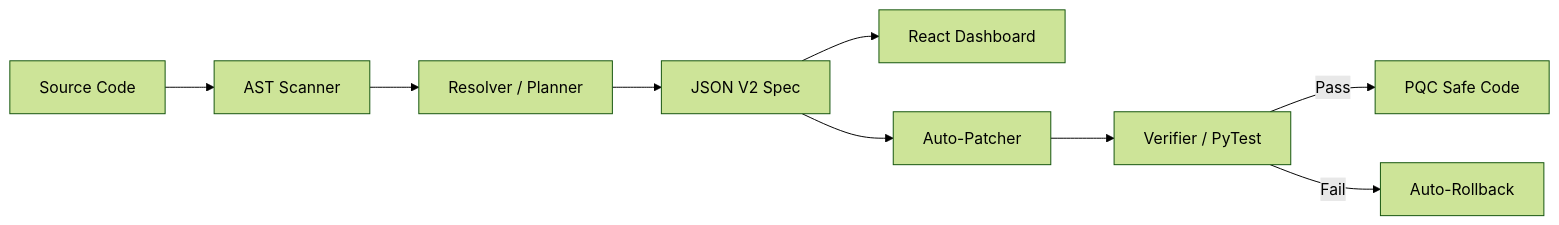
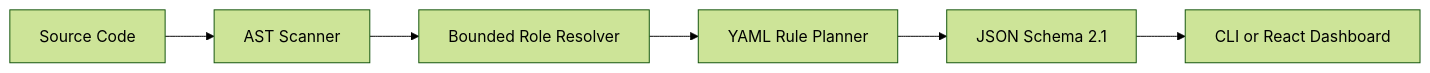
One commit to Ratneshp1122/PQMigrate changed the diagram in README.md. Above: the diagram before and after it, drawn with Mermaid (forest theme). The commit also changed other lines of this file and 19 other files, not shown here.

````diff
--- a/README.md
+++ b/README.md
@@ -24,11 +24,8 @@
 ```mermaid
 graph LR
     A[Source Code] --> B[AST Scanner]
-    B --> C[Resolver / Planner]
-    C --> D[JSON V2 Spec]
-    D --> E[React Dashboard]
-    D --> F[Auto-Patcher]
-    F --> G[Verifier / PyTest]
-    G -- Pass --> H[PQC Safe Code]
-    G -- Fail --> I[Auto-Rollback]
+    B --> C[Bounded Role Resolver]
+    C --> D[YAML Rule Planner]
+    D --> E[JSON Schema 2.1]
+    E --> F[CLI or React Dashboard]
 ```
````
